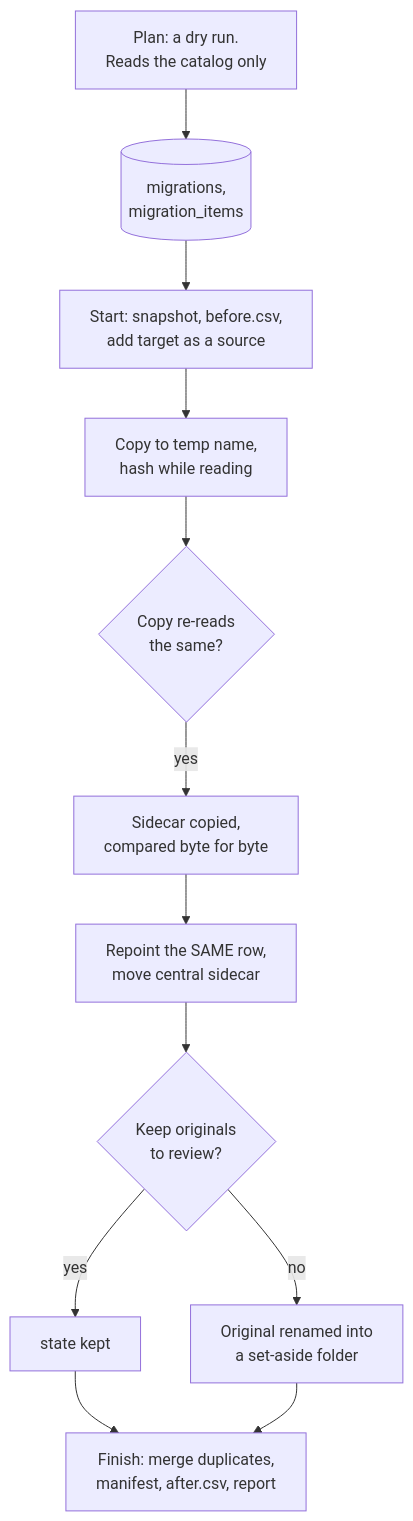
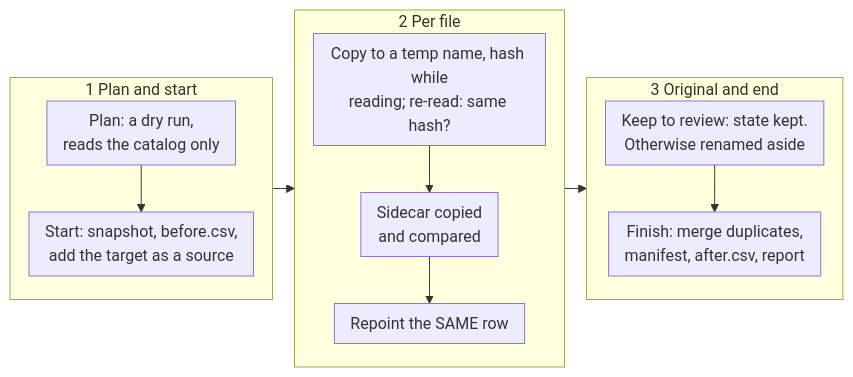
Before and after one commit to AxialForge/Lunelis: the tenth of 14 diagrams in docs/src/dataflow-lunelis.md, drawn with Mermaid. The commit also changed other lines of this file and 3 other files, not shown here.

Commit message:
Kit: keep table header and last rows with their neighbours, taller figures, diagram and table guidance in the style guide

````diff
--- a/docs/src/dataflow-lunelis.md
+++ b/docs/src/dataflow-lunelis.md
@@ -388,14 +330,17 @@
 ```mermaid Migration. The same catalog row is repointed to the verified copy, so ratings, tags and thumbnails follow the file.
-flowchart TD
-  A["Plan: a dry run.<br/>Reads the catalog only"] --> B[("migrations,<br/>migration_items")]
-  B --> C["Start: snapshot, before.csv,<br/>add target as a source"]
-  C --> D["Copy to temp name,<br/>hash while reading"]
-  D --> E{"Copy re-reads<br/>the same?"}
-  E -- yes --> F["Sidecar copied,<br/>compared byte for byte"]
-  F --> G["Repoint the SAME row,<br/>move central sidecar"]
-  G --> H{"Keep originals<br/>to review?"}
-  H -- yes --> I["state kept"]
-  H -- no --> J["Original renamed into<br/>a set-aside folder"]
-  I --> K["Finish: merge duplicates,<br/>manifest, after.csv, report"]
-  J --> K
+%%{init: {"flowchart": {"rankSpacing": 22, "nodeSpacing": 18, "padding": 8}}}%%
+flowchart LR
+  subgraph c1["1 Plan and start"]
+    direction TB
+    A["Plan: a dry run,<br/>reads the catalog only"] --> B["Start: snapshot, before.csv,<br/>add the target as a source"]
+  end
+  subgraph c2["2 Per file"]
+    direction TB
+    C["Copy to a temp name, hash while<br/>reading; re-read: same hash?"] --> E["Sidecar copied<br/>and compared"] --> F["Repoint the SAME row"]
+  end
+  subgraph c3["3 Original and end"]
+    direction TB
+    G["Keep to review: state kept.<br/>Otherwise renamed aside"] --> H["Finish: merge duplicates,<br/>manifest, after.csv, report"]
+  end
+  c1 --> c2 --> c3
 ```
````
